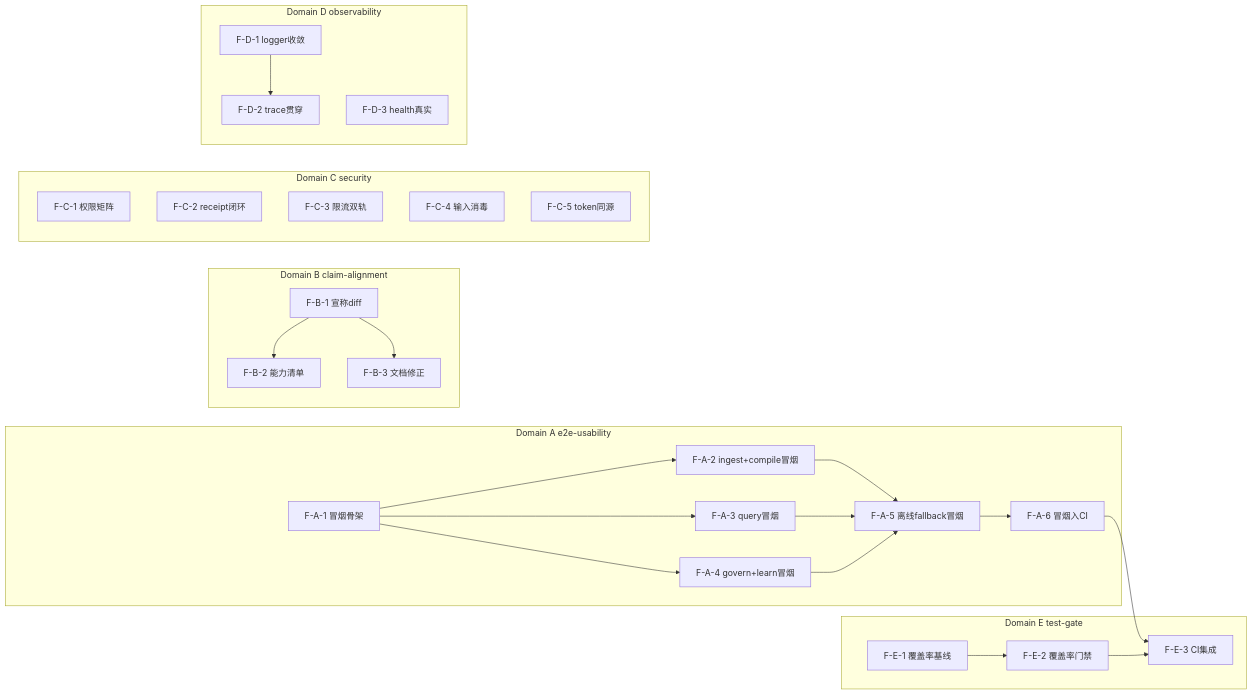
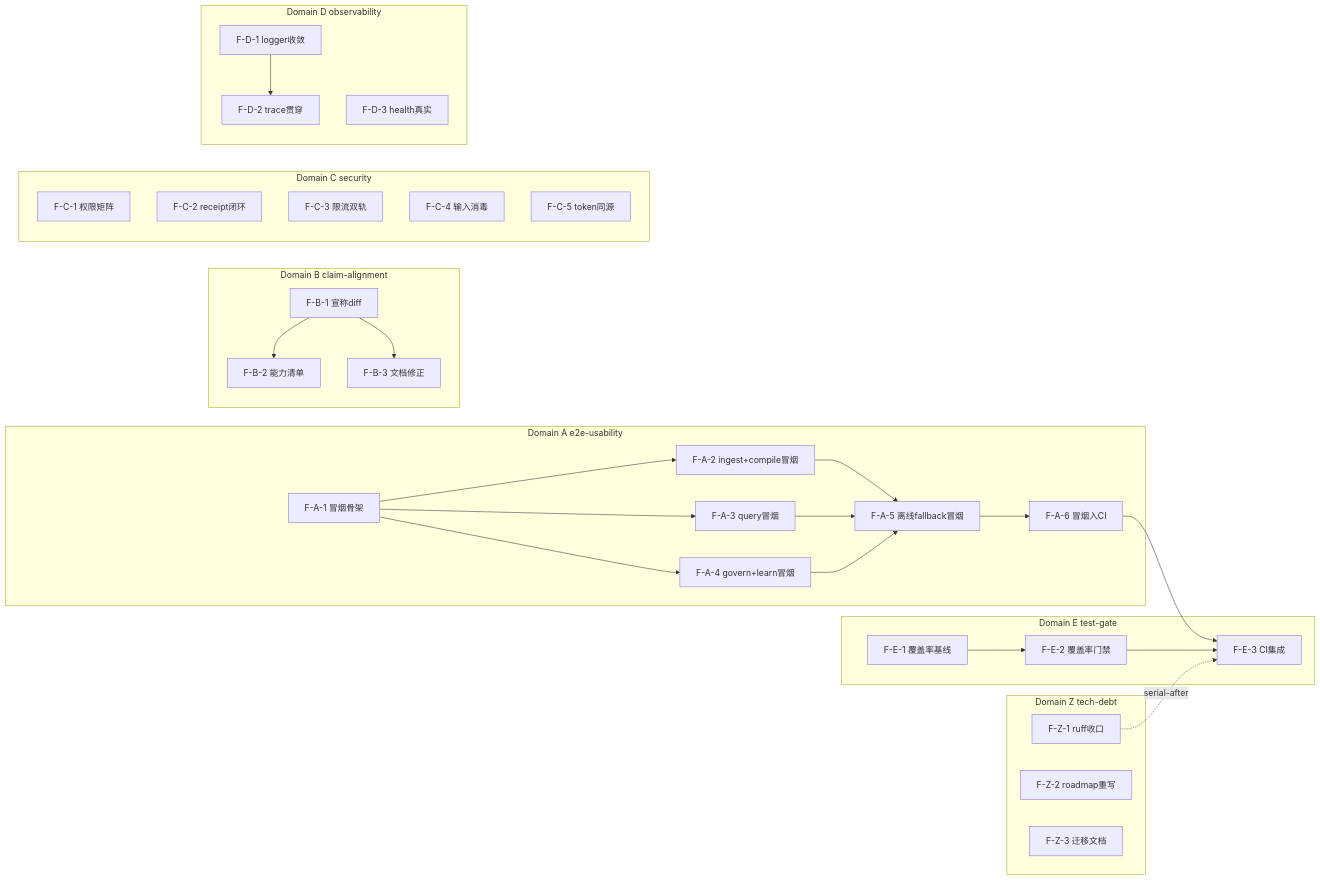
One commit to maythyai/smart_agent_wiki changed the diagram in .csp/decomposition/DEPENDENCY-GRAPH.md. Above: the diagram before and after it, drawn with Mermaid. The commit also changed other lines of this file and 6 other files, not shown here.

````diff
--- a/.csp/decomposition/DEPENDENCY-GRAPH.md
+++ b/.csp/decomposition/DEPENDENCY-GRAPH.md
@@ -5,47 +5,53 @@
 ```mermaid
 graph LR
   subgraph WA[Domain A e2e-usability]
     A1[F-A-1 冒烟骨架]
     A2[F-A-2 ingest+compile冒烟]
     A3[F-A-3 query冒烟]
     A4[F-A-4 govern+learn冒烟]
     A5[F-A-5 离线fallback冒烟]
     A6[F-A-6 冒烟入CI]
   end
   subgraph WB[Domain B claim-alignment]
     B1[F-B-1 宣称diff]
     B2[F-B-2 能力清单]
     B3[F-B-3 文档修正]
   end
   subgraph WC[Domain C security]
     C1[F-C-1 权限矩阵]
     C2[F-C-2 receipt闭环]
     C3[F-C-3 限流双轨]
     C4[F-C-4 输入消毒]
     C5[F-C-5 token同源]
   end
   subgraph WD[Domain D observability]
     D1[F-D-1 logger收敛]
     D2[F-D-2 trace贯穿]
     D3[F-D-3 health真实]
   end
   subgraph WE[Domain E test-gate]
     E1[F-E-1 覆盖率基线]
     E2[F-E-2 覆盖率门禁]
     E3[F-E-3 CI集成]
   end
+  subgraph WZ[Domain Z tech-debt]
+    Z1[F-Z-1 ruff收口]
+    Z2[F-Z-2 roadmap重写]
+    Z3[F-Z-3 迁移文档]
+  end
 
   A1 --> A2
   A1 --> A3
   A1 --> A4
   A2 --> A5
   A3 --> A5
   A4 --> A5
   A5 --> A6
   A6 --> E3
   B1 --> B2
   B1 --> B3
   D1 --> D2
   E1 --> E2
   E2 --> E3
+  Z1 -.->|serial-after| E3
 ```
````
